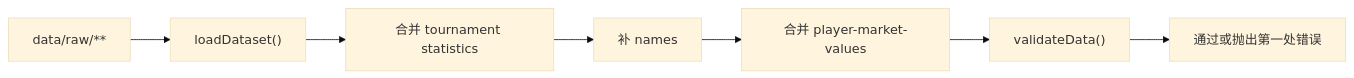
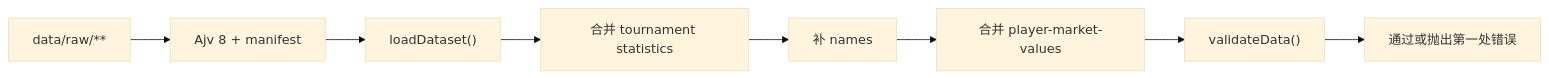
Before and after one commit to pacoxu/football-research-sandbox: the diagram in docs/validation.md, drawn with Mermaid (base theme). The commit also changed other lines of this file and 43 other files, not shown here.

````diff
--- a/docs/validation.md
+++ b/docs/validation.md
@@ -19,9 +27,10 @@
 ```mermaid
 flowchart LR
-  Raw["data/raw/**"] --> Loader["loadDataset()"]
+  Raw["data/raw/**"] --> Schema["Ajv 8 + manifest"]
+  Schema --> Loader["loadDataset()"]
   Loader --> TournamentStats["合并 tournament statistics"]
   TournamentStats --> Names["补 names"]
   Names --> Market["合并 player-market-values"]
   Market --> Validate["validateData()"]
   Validate --> Result["通过或抛出第一处错误"]
 ```
````
